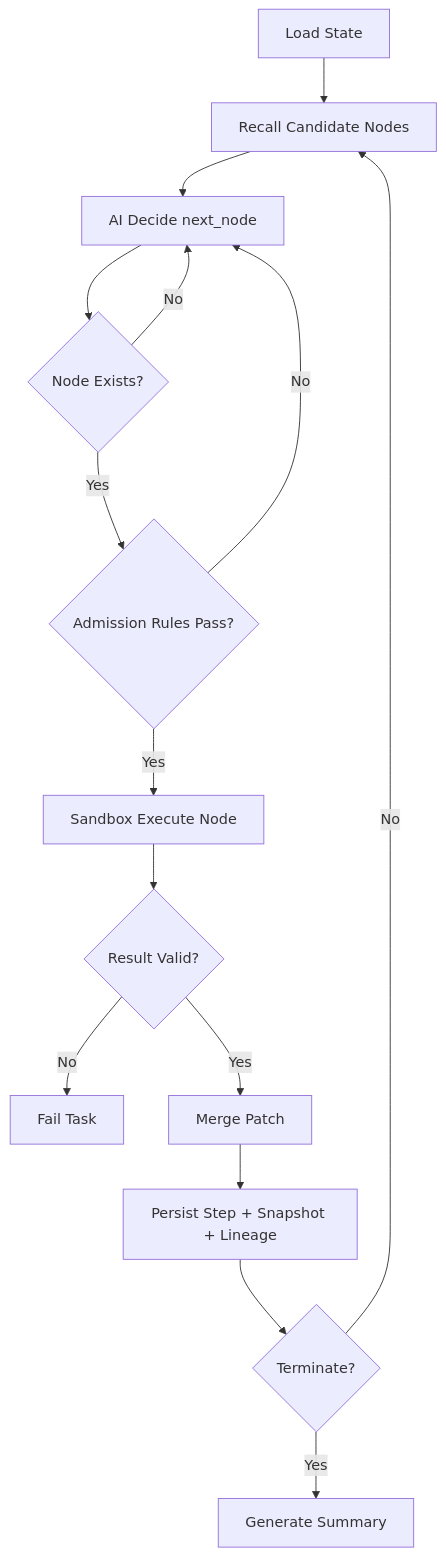
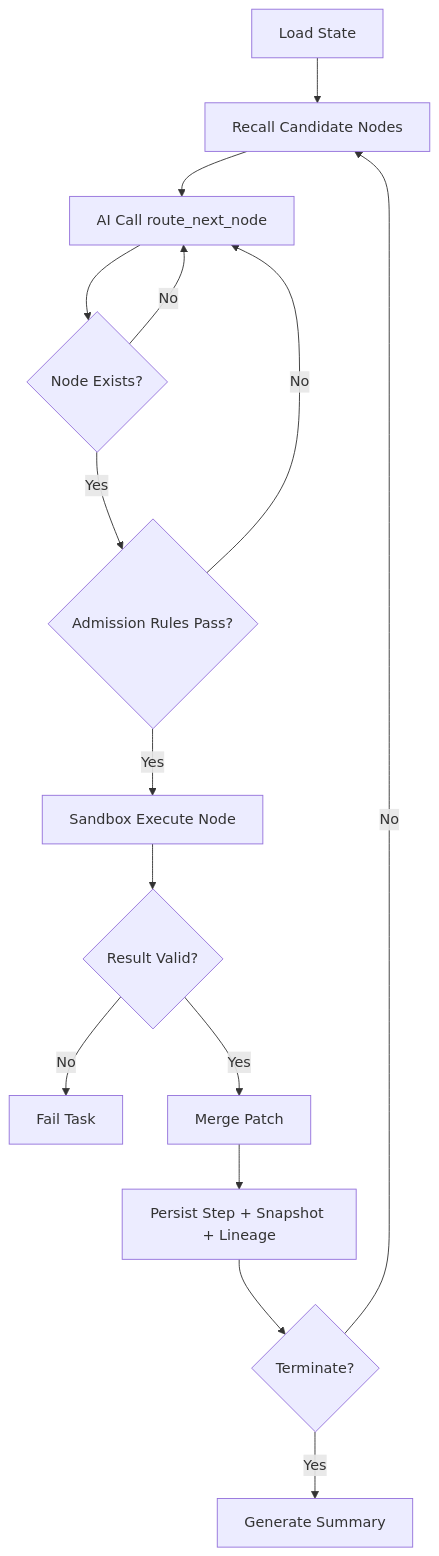
One commit to Yonsun-w/dynagent-go changed the first of 3 diagrams in docs/design.en.md. Above: the diagram before and after it, drawn with Mermaid. The commit also changed other lines of this file and 24 other files, not shown here.

````diff
--- a/docs/design.en.md
+++ b/docs/design.en.md
@@ -119,17 +125,17 @@
 ```mermaid
 flowchart TD
     A[Load State] --> B[Recall Candidate Nodes]
-    B --> C[AI Decide next_node]
+    B --> C[AI Call route_next_node]
     C --> D{Node Exists?}
     D -- No --> C
     D -- Yes --> E{Admission Rules Pass?}
     E -- No --> C
     E -- Yes --> F[Sandbox Execute Node]
     F --> G{Result Valid?}
     G -- No --> H[Fail Task]
     G -- Yes --> I[Merge Patch]
     I --> J[Persist Step + Snapshot + Lineage]
     J --> K{Terminate?}
     K -- No --> B
     K -- Yes --> L[Generate Summary]
 ```
````
